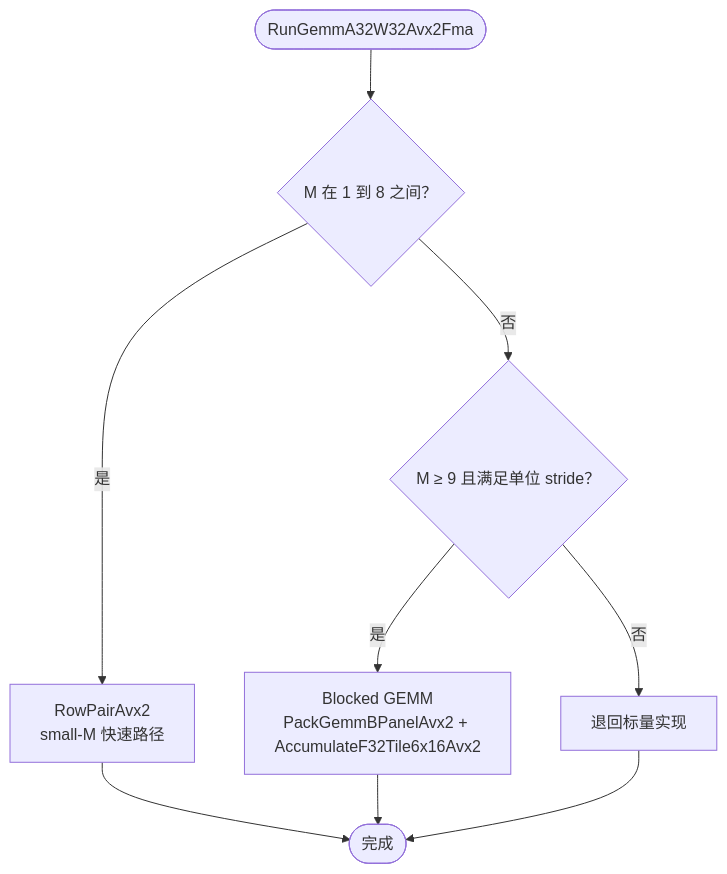
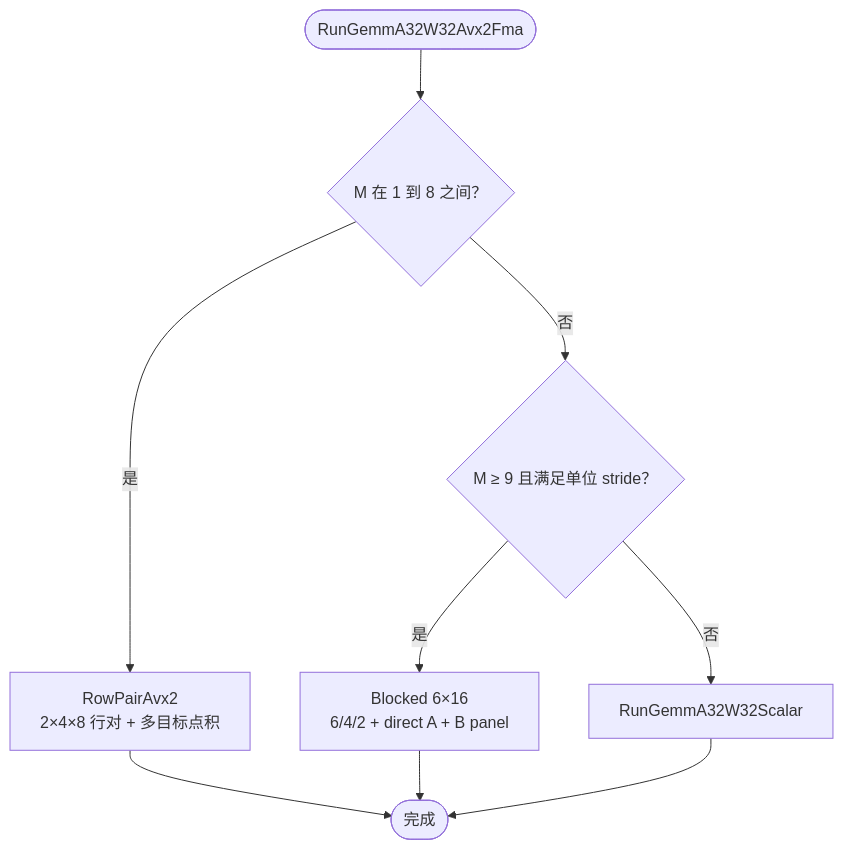
Before and after one commit to fengjiran/AetherMind: the seventh of 13 diagrams in docs/handbook/核心模块设计/算子系统 (Operators)/线性变换算子.md, drawn with Mermaid. The commit also changed other lines of this file and 6 other files, not shown here.

````diff
--- a/docs/handbook/核心模块设计/算子系统 (Operators)/线性变换算子.md
+++ b/docs/handbook/核心模块设计/算子系统 (Operators)/线性变换算子.md
@@ -298,11 +299,11 @@
 ```mermaid
 flowchart TD
     Enter(["RunGemmA32W32Avx2Fma"]) --> SmallM{"M 在 1 到 8 之间？"}
-    SmallM -->|是| RowPair["RowPairAvx2<br/>small-M 快速路径"]
+    SmallM -->|是| RowPair["RowPairAvx2<br/>2×4×8 行对 + 多目标点积"]
     SmallM -->|否| LargeM{"M ≥ 9 且满足单位 stride？"}
-    LargeM -->|是| Blocked["Blocked GEMM<br/>PackGemmBPanelAvx2 + AccumulateF32Tile6x16Avx2"]
-    LargeM -->|否| ScalarFallback["退回标量实现"]
+    LargeM -->|是| Blocked["Blocked 6×16<br/>6/4/2 + direct A + B panel"]
+    LargeM -->|否| ScalarFallback["RunGemmA32W32Scalar"]
     RowPair --> Done(["完成"])
     Blocked --> Done
     ScalarFallback --> Done
 ```
````
